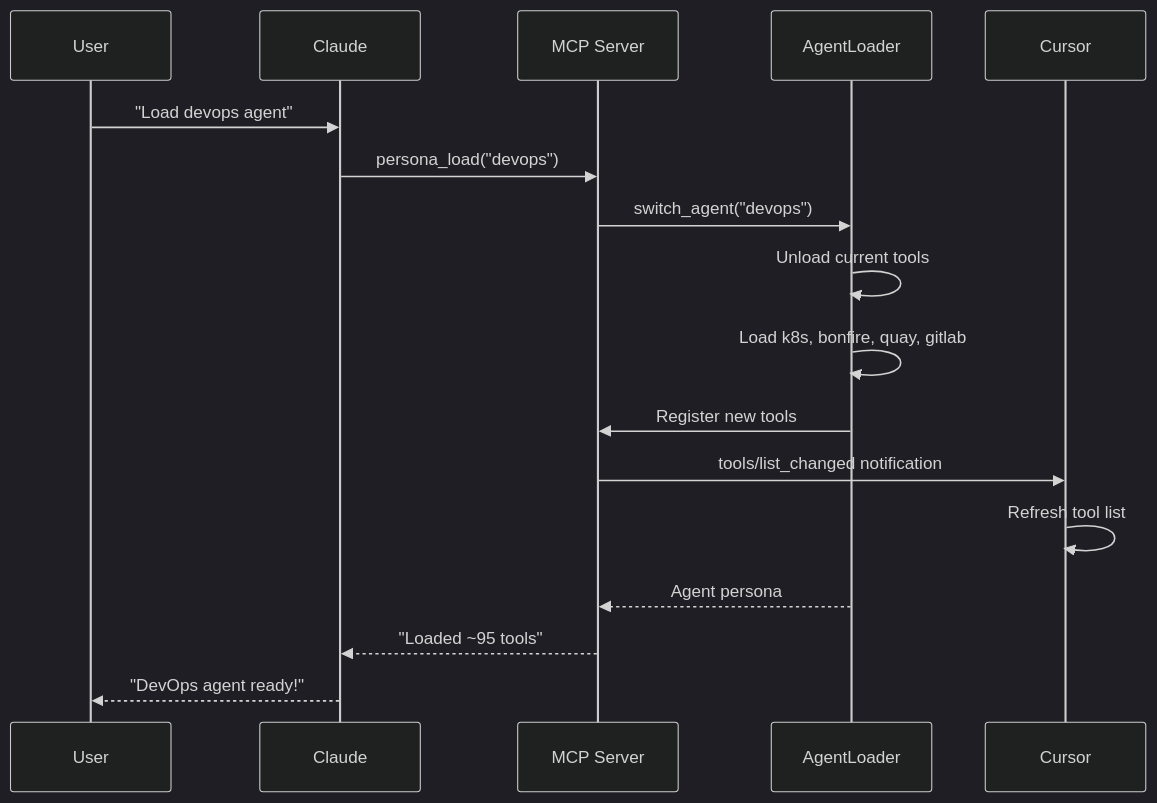
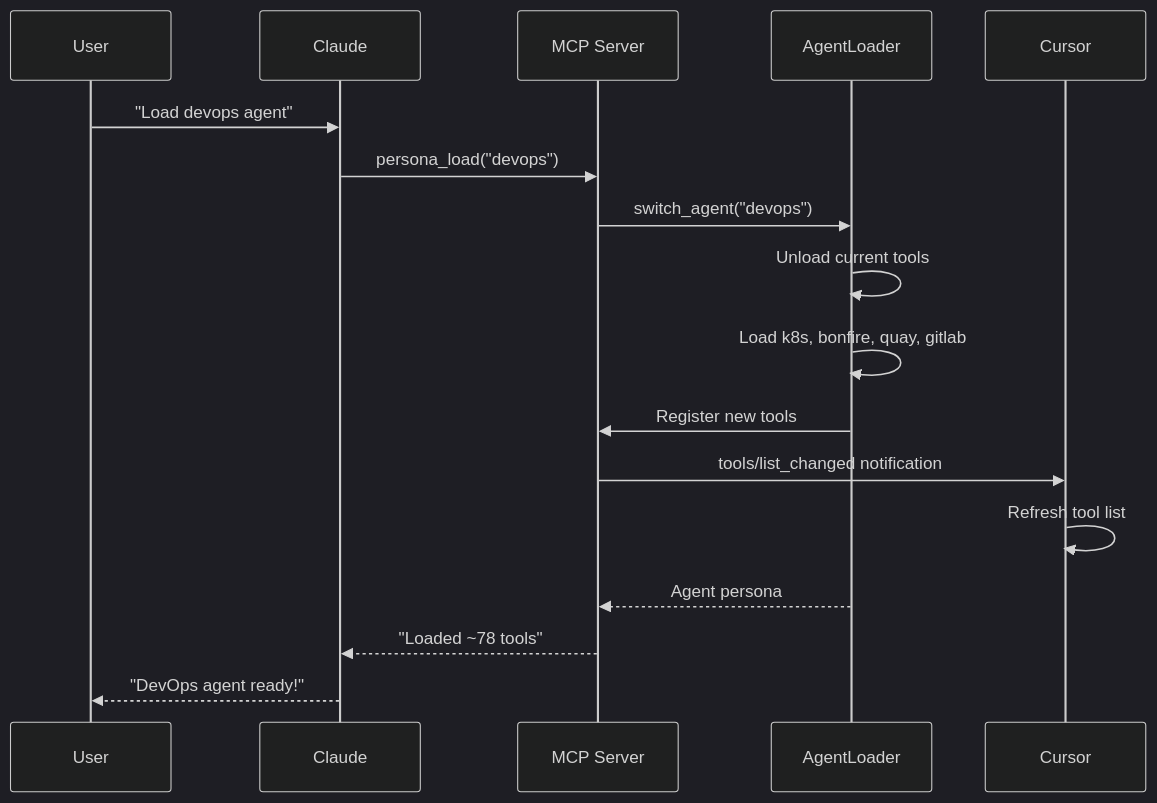
One commit to B-Whitt/redhat-ai-workflow changed the first of 2 diagrams in docs/architecture/mcp-implementation.md. Above: the diagram before and after it, drawn with Mermaid (dark theme). The commit also changed other lines of this file and 231 other files, not shown here.

````diff
--- a/docs/architecture/mcp-implementation.md
+++ b/docs/architecture/mcp-implementation.md
@@ -121,20 +121,20 @@
 ```mermaid
 sequenceDiagram
     participant User
     participant Claude
     participant MCP as MCP Server
     participant Loader as AgentLoader
     participant Cursor
 
     User->>Claude: "Load devops agent"
     Claude->>MCP: persona_load("devops")
     MCP->>Loader: switch_agent("devops")
     Loader->>Loader: Unload current tools
     Loader->>Loader: Load k8s, bonfire, quay, gitlab
     Loader->>MCP: Register new tools
     MCP->>Cursor: tools/list_changed notification
     Cursor->>Cursor: Refresh tool list
     Loader-->>MCP: Agent persona
-    MCP-->>Claude: "Loaded ~95 tools"
+    MCP-->>Claude: "Loaded ~78 tools"
     Claude-->>User: "DevOps agent ready!"
 ```
````
